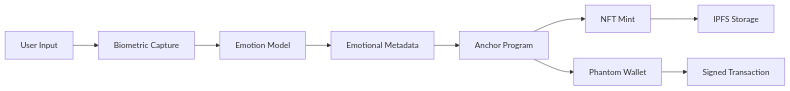
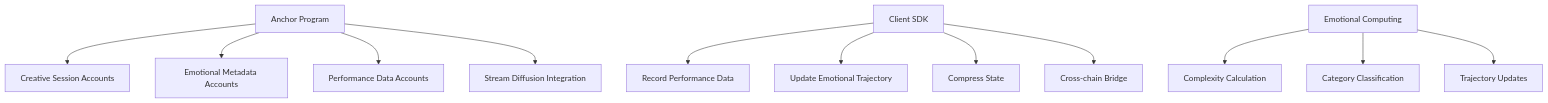
Before and after one commit to compiling-org/solana-emotional-metadata: the first of 4 diagrams in README.md, drawn with Mermaid. The commit also changed other lines of this file and 2 other files, not shown here.

Commit message:
docs: sync Solana README, technical architecture, and implementation report from project docs

````diff
--- a/README.md
+++ b/README.md
@@ -82,11 +14,16 @@
 ```mermaid
-graph LR
-    U[User Input] --> BIOMETRIC[Biometric Capture]
-    BIOMETRIC --> AI[Emotion Model]
-    AI --> META[Emotional Metadata]
-    META --> PROGRAM[Anchor Program]
-    PROGRAM --> NFT[NFT Mint]
-    NFT --> IPFS[IPFS Storage]
-    PROGRAM --> WALLET[Phantom Wallet]
-    WALLET --> TX[Signed Transaction]
+graph TD
+    A[Anchor Program] --> B[Creative Session Accounts]
+    A --> C[Emotional Metadata Accounts]
+    A --> D[Performance Data Accounts]
+    A --> E[Stream Diffusion Integration]
+    
+    F[Client SDK] --> G[Record Performance Data]
+    F --> H[Update Emotional Trajectory]
+    F --> I[Compress State]
+    F --> J[Cross-chain Bridge]
+    
+    K[Emotional Computing] --> L[Complexity Calculation]
+    K --> M[Category Classification]
+    K --> N[Trajectory Updates]
 ```
````
